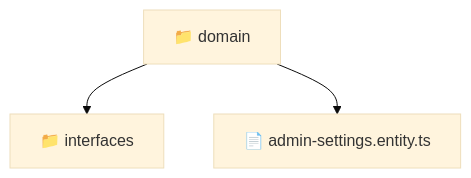
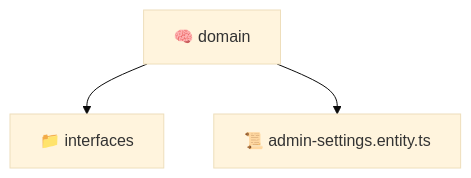
Before and after one commit to beginwebdev2002/fullstack-mavluda: the diagram in backend/src/modules/admin-settings/domain/README.md, drawn with Mermaid (base theme). The commit also changed other lines of this file and 163 other files, not shown here.

````diff
--- a/backend/src/modules/admin-settings/domain/README.md
+++ b/backend/src/modules/admin-settings/domain/README.md
@@ -9,6 +9,6 @@
 ```mermaid
 graph TD
-  Root["📁 domain"]
-  Root --> interfaces["📁 interfaces"]
-  Root --> admin_settings_entity_ts["📄 admin-settings.entity.ts"]
+  domain["🧠 domain"]
+  domain --> interfaces["📁 interfaces"]
+  domain --> admin_settings_entity_ts["📜 admin-settings.entity.ts"]
 ```
````
